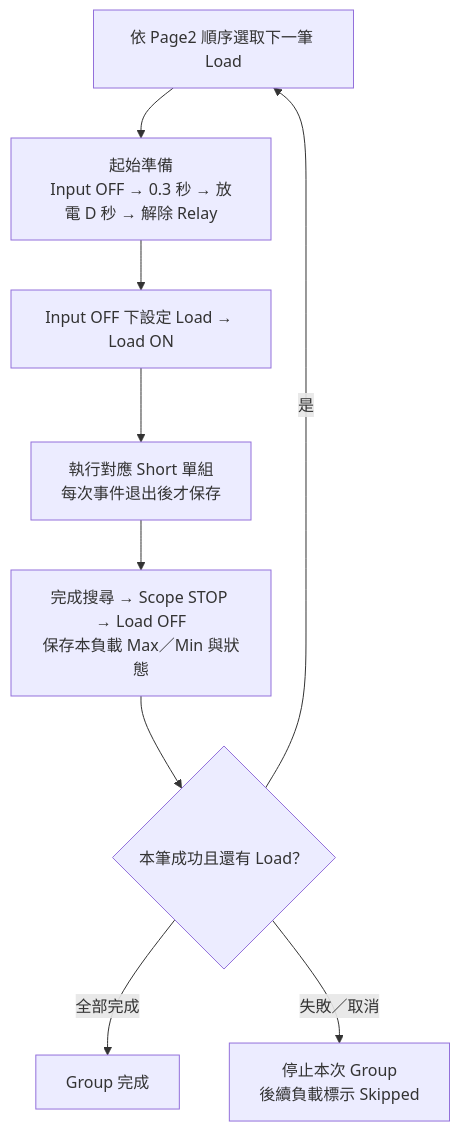
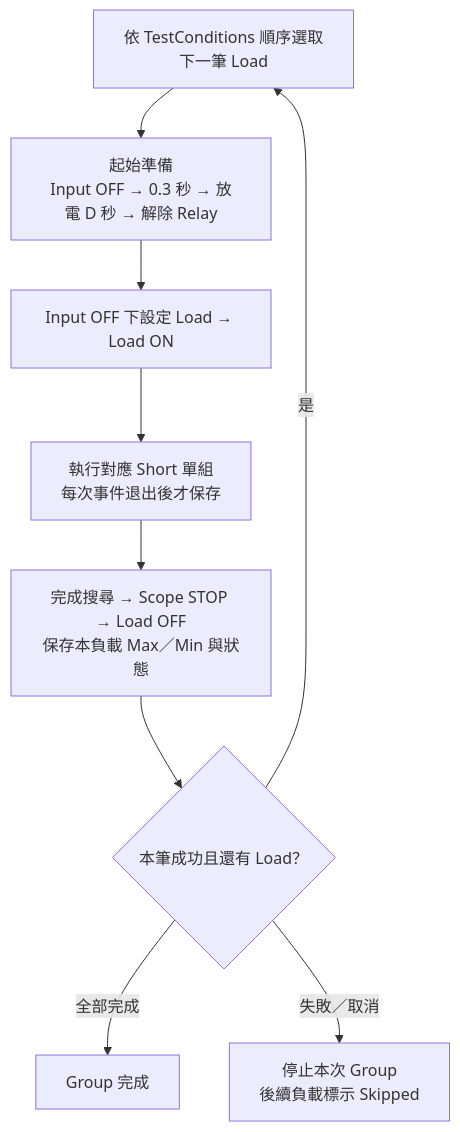
Before and after one commit to Jaxon-Su/ElectronicATE: the fourth of 5 diagrams in MEASUREMENT_STRATEGIES.md, drawn with Mermaid. The commit also changed other lines of this file and 309 other files, not shown here.

````diff
--- a/MEASUREMENT_STRATEGIES.md
+++ b/MEASUREMENT_STRATEGIES.md
@@ -236,11 +165,11 @@
 ```mermaid
 flowchart TD
-    A["依 Page2 順序選取下一筆 Load"] --> B["起始準備<br/>Input OFF → 0.3 秒 → 放電 D 秒 → 解除 Relay"]
+    A["依 TestConditions 順序選取下一筆 Load"] --> B["起始準備<br/>Input OFF → 0.3 秒 → 放電 D 秒 → 解除 Relay"]
     B --> C["Input OFF 下設定 Load → Load ON"]
     C --> D["執行對應 Short 單組<br/>每次事件退出後才保存"]
     D --> E["完成搜尋 → Scope STOP → Load OFF<br/>保存本負載 Max／Min 與狀態"]
     E --> F{"本筆成功且還有 Load？"}
     F -->|"是"| A
     F -->|"全部完成"| G["Group 完成"]
     F -->|"失敗／取消"| H["停止本次 Group<br/>後續負載標示 Skipped"]
 ```
````
